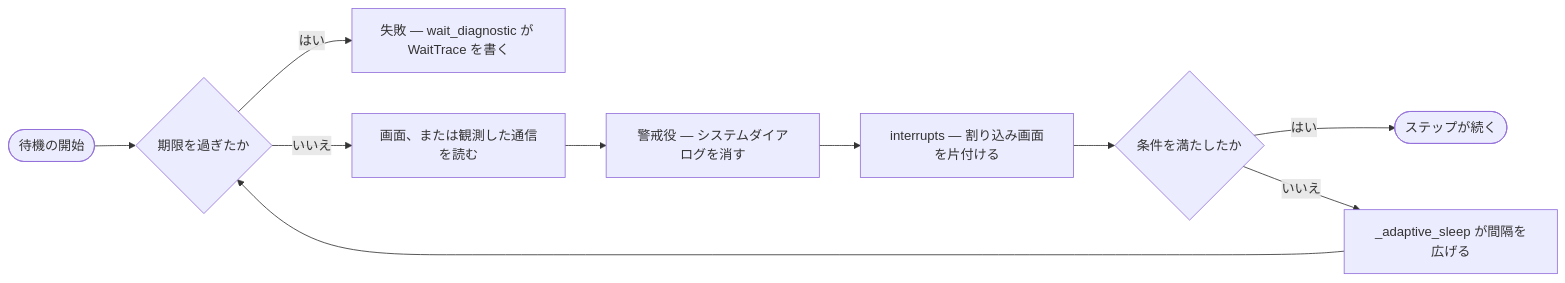
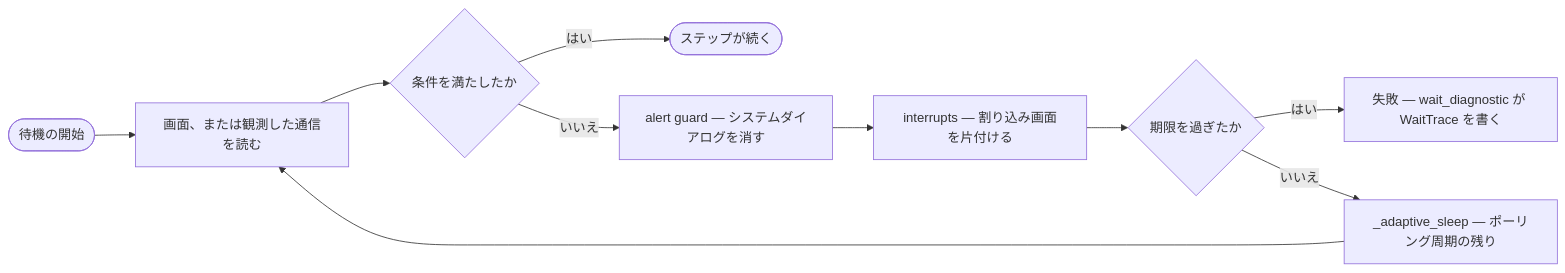
One commit to bajutsu-e2e/bajutsu changed the eighth of 12 diagrams in docs/ja/developer-guide.md. Above: the diagram before and after it, drawn with Mermaid. The commit also changed other lines of this file and 7 other files, not shown here.

````diff
--- a/docs/ja/developer-guide.md
+++ b/docs/ja/developer-guide.md
@@ -881,12 +883,12 @@
 ```mermaid
 flowchart LR
-    s(["待機の開始"]) --> d{"期限を過ぎたか"}
+    s(["待機の開始"]) --> rd["画面、または観測した通信を読む"]
+    rd --> m{"条件を満たしたか"}
+    m -->|はい| ok(["ステップが続く"])
+    m -->|いいえ| ag["alert guard — システムダイアログを消す"]
+    ag --> ig["interrupts — 割り込み画面を片付ける"]
+    ig --> d{"期限を過ぎたか"}
     d -->|はい| to["失敗 — wait_diagnostic が WaitTrace を書く"]
-    d -->|いいえ| rd["画面、または観測した通信を読む"]
-    rd --> ag["警戒役 — システムダイアログを消す"]
-    ag --> ig["interrupts — 割り込み画面を片付ける"]
-    ig --> m{"条件を満たしたか"}
-    m -->|はい| ok(["ステップが続く"])
-    m -->|いいえ| bo["_adaptive_sleep が間隔を広げる"]
-    bo --> d
+    d -->|いいえ| bo["_adaptive_sleep — ポーリング周期の残り"]
+    bo --> rd
 ```
````
